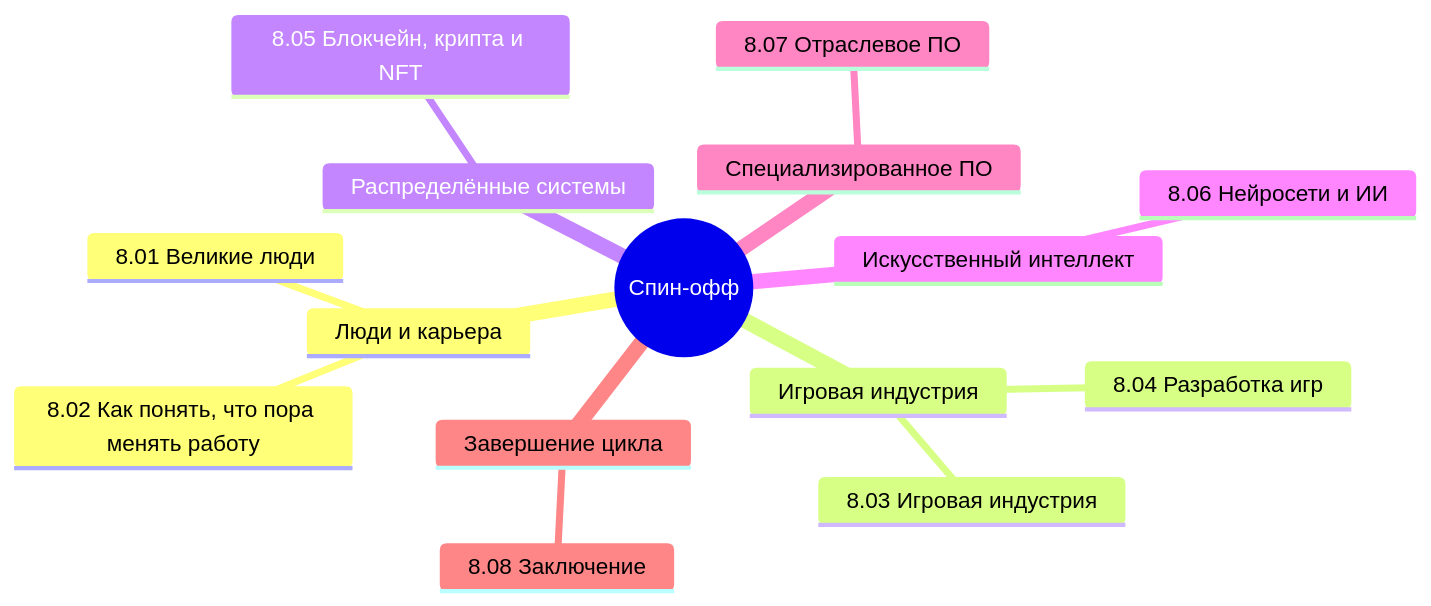
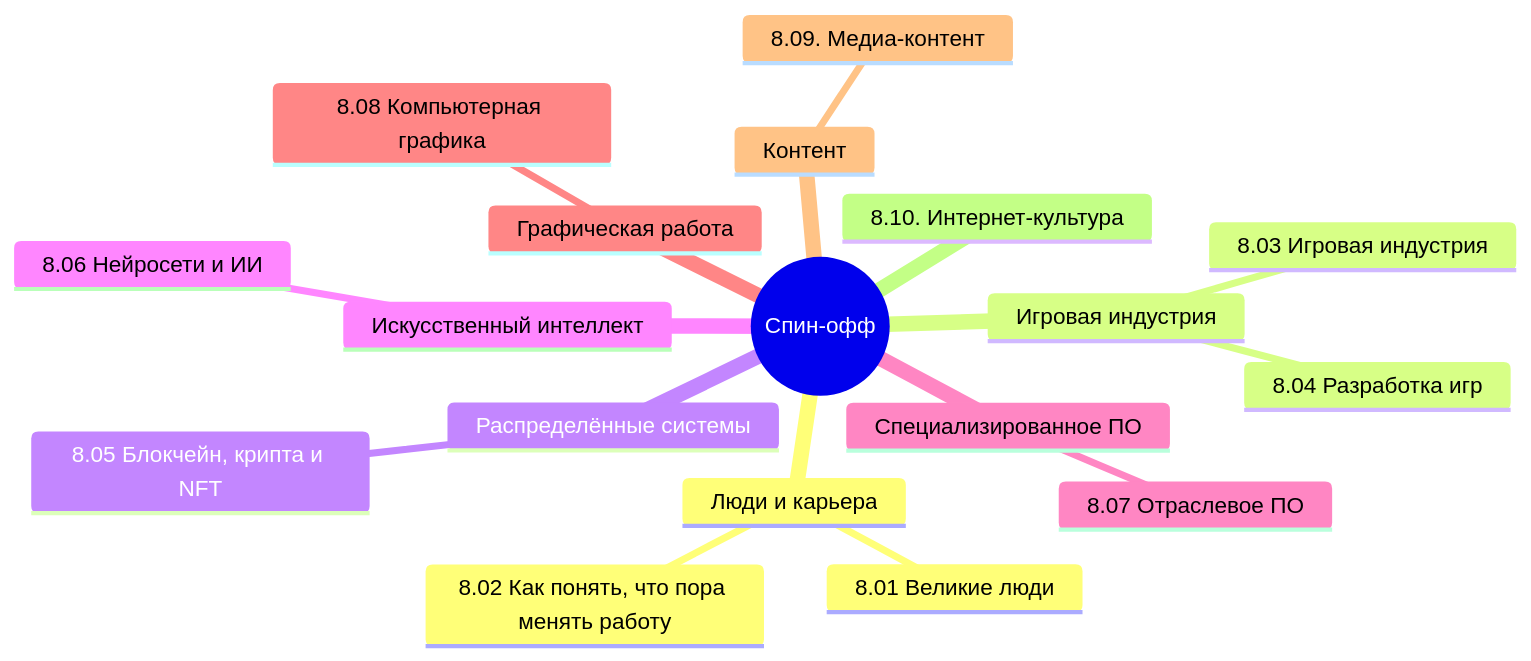
One commit to Spirzen/it-knowledge-base changed the diagram in docs/encyclopedia/8. Спин-офф/spinoff.md. Above: the diagram before and after it, drawn with Mermaid. The commit also changed other lines of this file and 25 other files, not shown here.

````diff
--- a/docs/encyclopedia/8. Спин-офф/spinoff.md
+++ b/docs/encyclopedia/8. Спин-офф/spinoff.md
@@ -12,18 +12,21 @@
 ```mermaid
 mindmap
   root((Спин-офф))
     Люди и карьера
       8.01 Великие люди
       8.02 Как понять, что пора менять работу
     Игровая индустрия
       8.03 Игровая индустрия
       8.04 Разработка игр
     Распределённые системы
       8.05 Блокчейн, крипта и NFT
     Искусственный интеллект
       8.06 Нейросети и ИИ
     Специализированное ПО
       8.07 Отраслевое ПО
-    Завершение цикла
-      8.08 Заключение
+    Графическая работа
+      8.08 Компьютерная графика
+    Контент
+      8.09. Медиа-контент
+	  8.10. Интернет-культура
 ```
````
